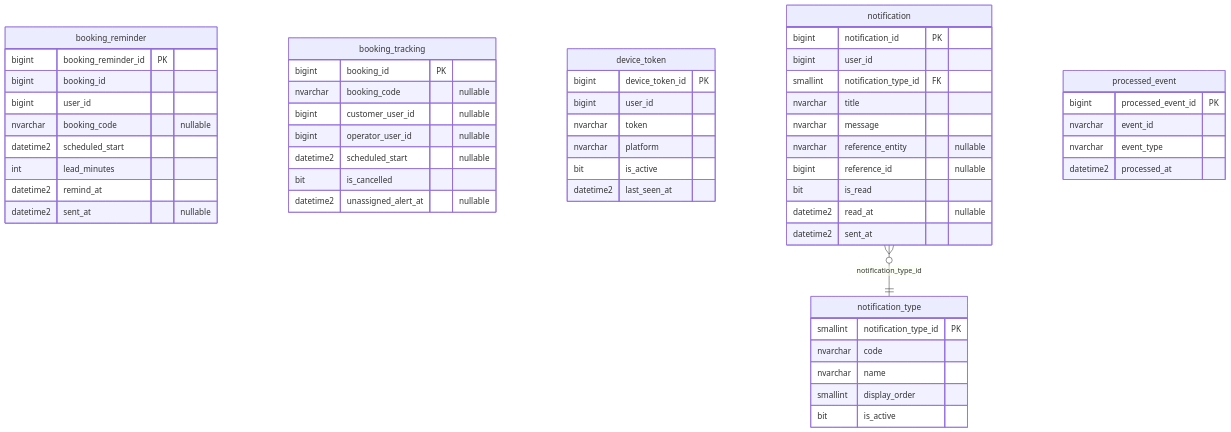
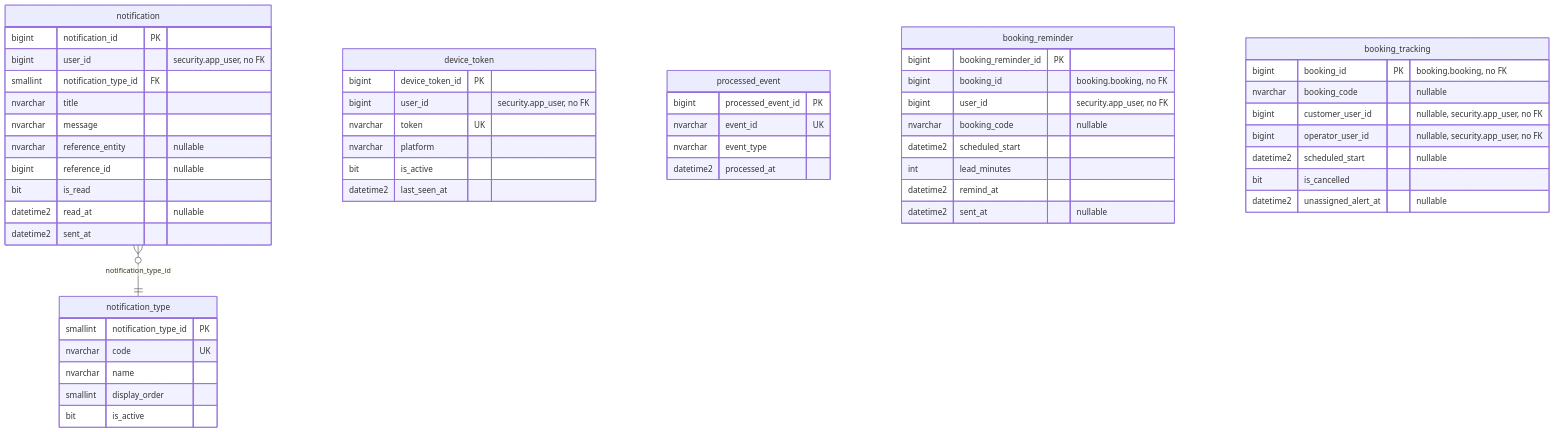
The diagram in 08-uml/diagrams/source/erd-notification.md (code-sena/vehicle-w-docs), drawn with Mermaid before and after one commit. The commit also changed other lines of this file and 1 other file, not shown here.

First line of the commit message:
docs(data): rebuild the notification data model and ER diagram from the changelogs

````diff
--- a/08-uml/diagrams/source/erd-notification.md
+++ b/08-uml/diagrams/source/erd-notification.md
@@ -7,56 +5,56 @@
 ```mermaid
 erDiagram
-    booking_reminder {
-        bigint booking_reminder_id PK
-        bigint booking_id
-        bigint user_id
-        nvarchar booking_code "nullable"
-        datetime2 scheduled_start
-        int lead_minutes
-        datetime2 remind_at
-        datetime2 sent_at "nullable"
-    }
-    booking_tracking {
-        bigint booking_id PK
-        nvarchar booking_code "nullable"
-        bigint customer_user_id "nullable"
-        bigint operator_user_id "nullable"
-        datetime2 scheduled_start "nullable"
-        bit is_cancelled
-        datetime2 unassigned_alert_at "nullable"
-    }
-    device_token {
-        bigint device_token_id PK
-        bigint user_id
-        nvarchar token
-        nvarchar platform
+    notification_type {
+        smallint notification_type_id PK
+        nvarchar code UK
+        nvarchar name
+        smallint display_order
         bit is_active
-        datetime2 last_seen_at
     }
     notification {
         bigint notification_id PK
-        bigint user_id
+        bigint user_id "security.app_user, no FK"
         smallint notification_type_id FK
         nvarchar title
         nvarchar message
         nvarchar reference_entity "nullable"
         bigint reference_id "nullable"
         bit is_read
         datetime2 read_at "nullable"
         datetime2 sent_at
     }
-    notification_type {
-        smallint notification_type_id PK
-        nvarchar code
-        nvarchar name
-        smallint display_order
+    device_token {
+        bigint device_token_id PK
+        bigint user_id "security.app_user, no FK"
+        nvarchar token UK
+        nvarchar platform
         bit is_active
+        datetime2 last_seen_at
     }
     processed_event {
         bigint processed_event_id PK
-        nvarchar event_id
+        nvarchar event_id UK
         nvarchar event_type
         datetime2 processed_at
     }
+    booking_reminder {
+        bigint booking_reminder_id PK
+        bigint booking_id "booking.booking, no FK"
+        bigint user_id "security.app_user, no FK"
+        nvarchar booking_code "nullable"
+        datetime2 scheduled_start
+        int lead_minutes
+        datetime2 remind_at
+        datetime2 sent_at "nullable"
+    }
+    booking_tracking {
+        bigint booking_id PK "booking.booking, no FK"
+        nvarchar booking_code "nullable"
+        bigint customer_user_id "nullable, security.app_user, no FK"
+        bigint operator_user_id "nullable, security.app_user, no FK"
+        datetime2 scheduled_start "nullable"
+        bit is_cancelled
+        datetime2 unassigned_alert_at "nullable"
+    }
     notification }o--|| notification_type : "notification_type_id"
 ```
````
